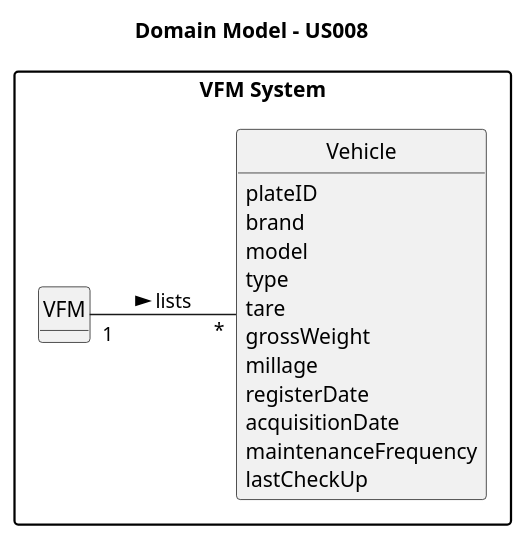
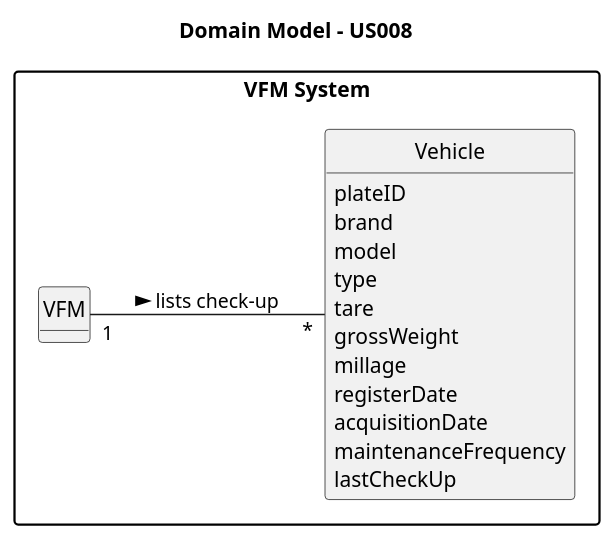
Before and after one commit to SAEmanuel/Green_Spaces_Management_ISEP: the diagram in docs/sprintB/us008/02.analysis/puml/us008-domain-model.puml, drawn with PlantUML. The commit also changed 2 other files, not shown here.

Commit message:
US8 - domain model small correction and class diagram update

```diff
--- a/docs/sprintB/us008/02.analysis/puml/us008-domain-model.puml
+++ b/docs/sprintB/us008/02.analysis/puml/us008-domain-model.puml
@@ -1,45 +1,45 @@
 @startuml
 skinparam monochrome true
 skinparam packageStyle rectangle
 skinparam shadowing false
 
 left to right direction
 
 skinparam classAttributeIconSize 0
 
 hide circle
 hide methods
 package "VFM System" {
 
 title Domain Model - US008
 
 
 
 class VFM {
 }
 
 class Vehicle {
          plateID
          brand
          model
          type
          tare
          grossWeight
          millage
          registerDate
          acquisitionDate
          maintenanceFrequency
          lastCheckUp
 }
 
 
 
 
 
-VFM "1" -- "*" Vehicle : lists >
+VFM "1" -- "*" Vehicle : lists check-up >
 
 
 
 
 
 @enduml
```
